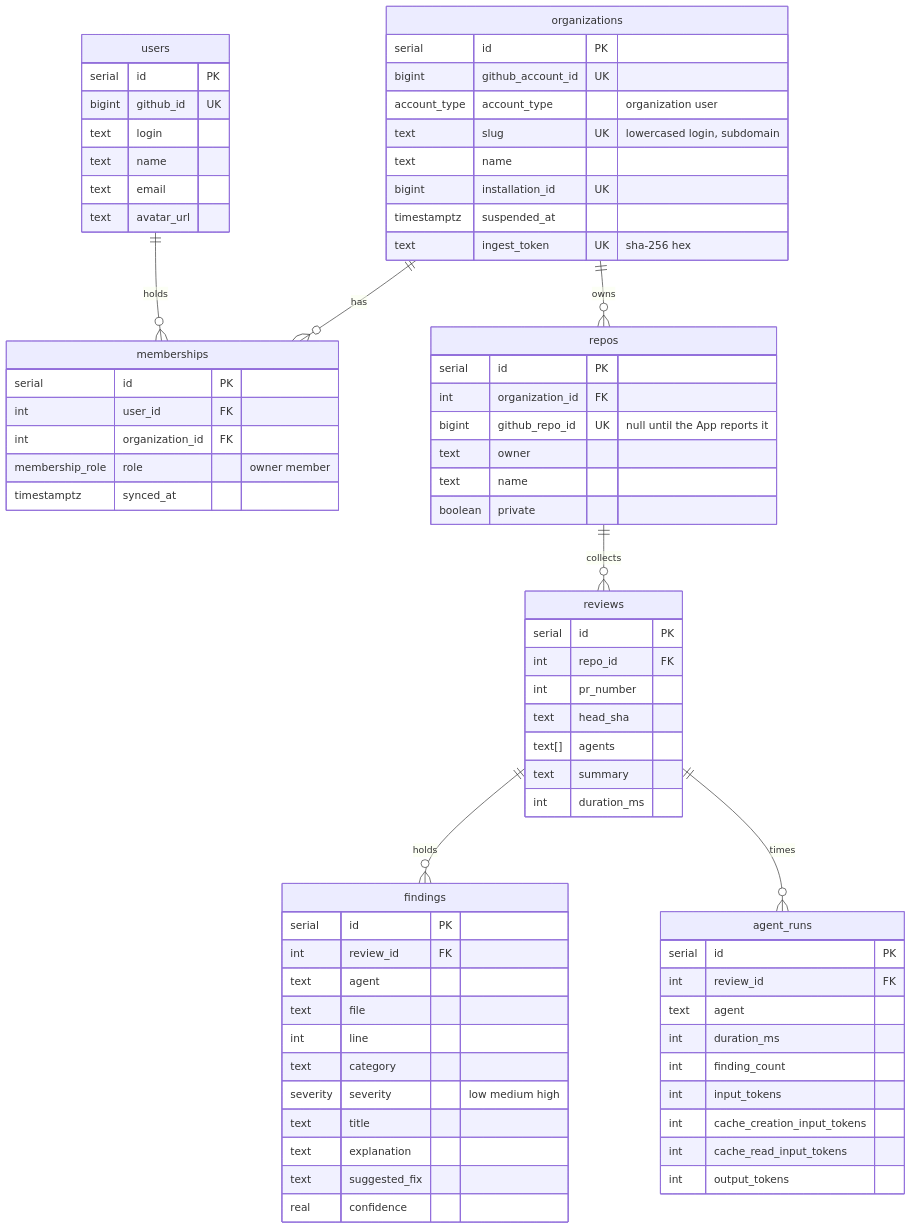
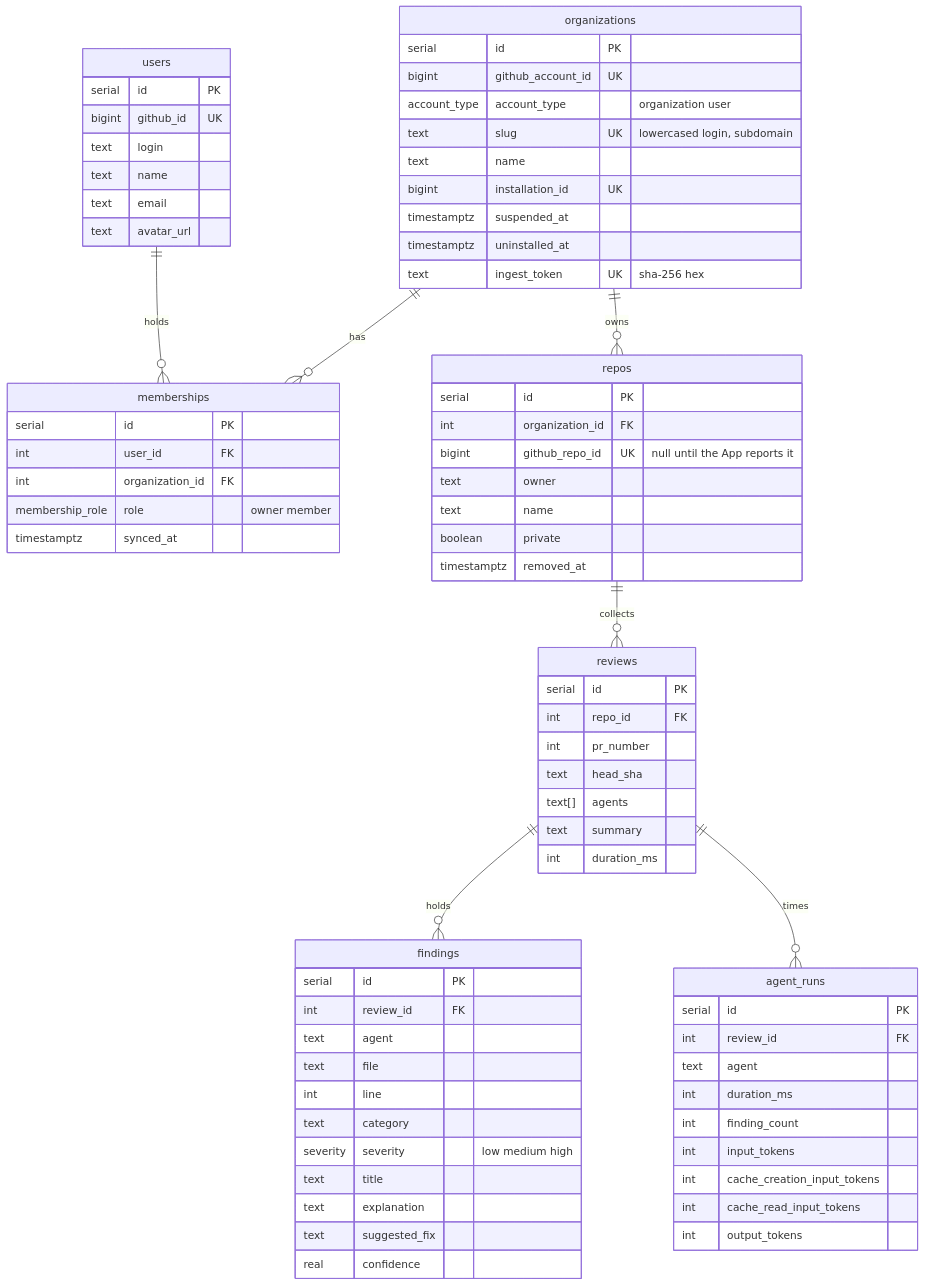
Before and after one commit to sunnyeyles/lintcat: the diagram in packages/db/README.md, drawn with Mermaid. The commit also changed other lines of this file and 20 other files, not shown here.

````diff
--- a/packages/db/README.md
+++ b/packages/db/README.md
@@ -6,76 +6,78 @@
 ```mermaid
 erDiagram
   organizations ||--o{ memberships : "has"
   users ||--o{ memberships : "holds"
   organizations ||--o{ repos : "owns"
   repos ||--o{ reviews : "collects"
   reviews ||--o{ findings : "holds"
   reviews ||--o{ agent_runs : "times"
 
   users {
     serial id PK
     bigint github_id UK
     text login
     text name
     text email
     text avatar_url
   }
   organizations {
     serial id PK
     bigint github_account_id UK
     account_type account_type "organization user"
     text slug UK "lowercased login, subdomain"
     text name
     bigint installation_id UK
     timestamptz suspended_at
+    timestamptz uninstalled_at
     text ingest_token UK "sha-256 hex"
   }
   memberships {
     serial id PK
     int user_id FK
     int organization_id FK
     membership_role role "owner member"
     timestamptz synced_at
   }
   repos {
     serial id PK
     int organization_id FK
     bigint github_repo_id UK "null until the App reports it"
     text owner
     text name
     boolean private
+    timestamptz removed_at
   }
   reviews {
     serial id PK
     int repo_id FK
     int pr_number
     text head_sha
     text[] agents
     text summary
     int duration_ms
   }
   agent_runs {
     serial id PK
     int review_id FK
     text agent
     int duration_ms
     int finding_count
     int input_tokens
     int cache_creation_input_tokens
     int cache_read_input_tokens
     int output_tokens
   }
   findings {
     serial id PK
     int review_id FK
     text agent
     text file
     int line
     text category
     severity severity "low medium high"
     text title
     text explanation
     text suggested_fix
     real confidence
   }
 ```
````
